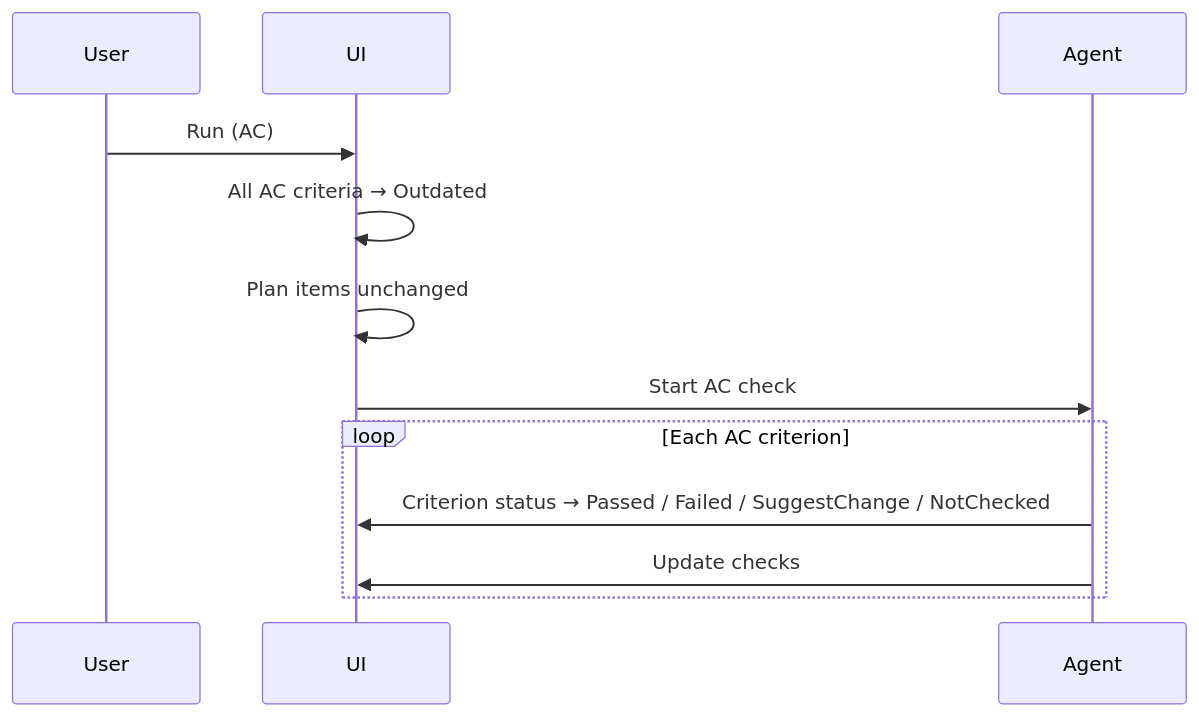
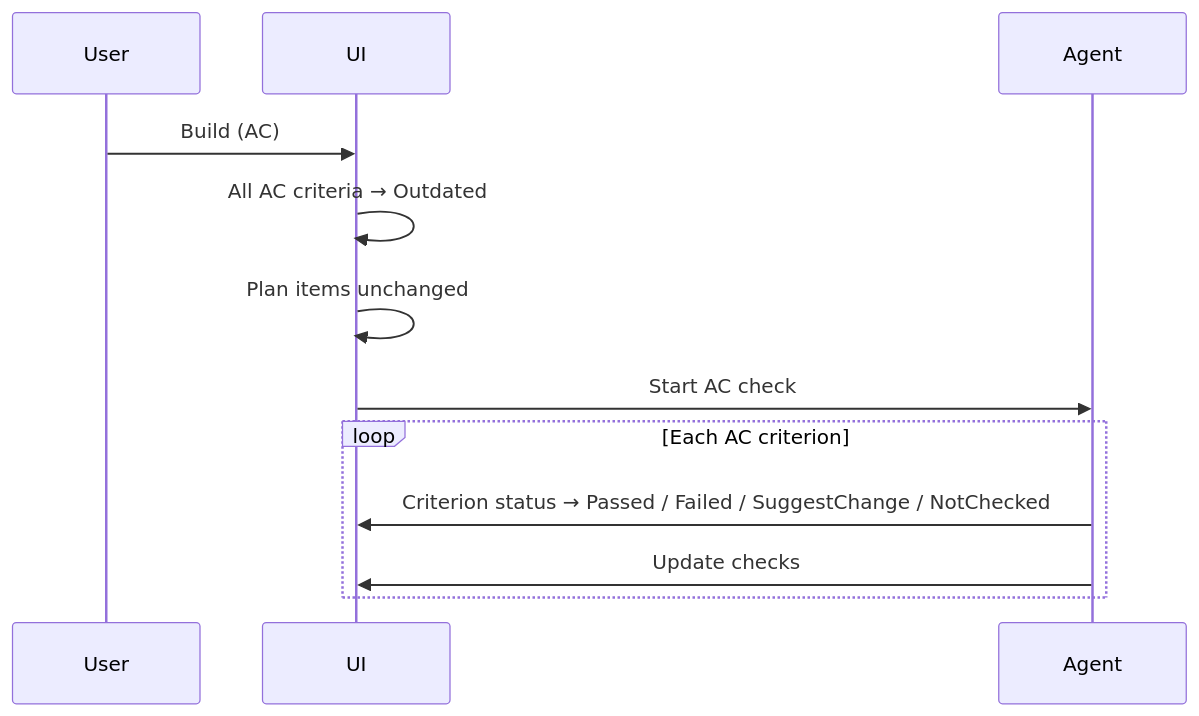
The sixth of 6 diagrams in src/Specifications/spec-flow.md (NiplusM/SDD), drawn with Mermaid before and after one commit. The commit also changed other lines of this file and 13 other files, not shown here.

Commit message:
Updated flow

````diff
--- a/src/Specifications/spec-flow.md
+++ b/src/Specifications/spec-flow.md
@@ -252,16 +252,16 @@
 ```mermaid
 sequenceDiagram
     participant U as User
     participant UI as UI
     participant A as Agent
 
-    U->>UI: Run (AC)
+    U->>UI: Build (AC)
     UI->>UI: All AC criteria → Outdated
     UI->>UI: Plan items unchanged
     UI->>A: Start AC check
 
     loop Each AC criterion
         A->>UI: Criterion status → Passed / Failed / SuggestChange / NotChecked
         A->>UI: Update checks
     end
 ```
````
